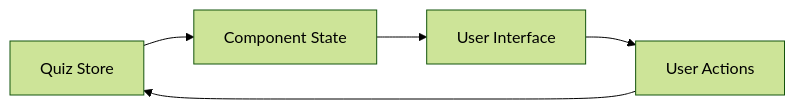
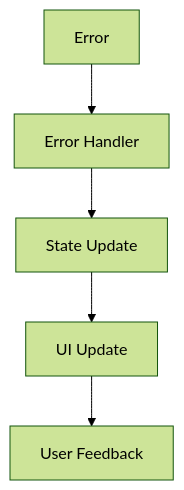
Before and after one commit to alexlitinsky/remevi: the fifth of 8 diagrams in memory-bank/systemPatterns.md, drawn with Mermaid (forest theme). The commit also changed other lines of this file and 13 other files, not shown here.

Commit message:
mind map and loading states solved

````diff
--- a/memory-bank/systemPatterns.md
+++ b/memory-bank/systemPatterns.md
@@ -199,7 +178,7 @@
 ```mermaid
-graph LR
-    Store[Quiz Store] --> State[Component State]
-    State --> UI[User Interface]
-    UI --> Actions[User Actions]
-    Actions --> Store
+graph TD
+    Error[Error] --> Handler[Error Handler]
+    Handler --> State[State Update]
+    State --> UI[UI Update]
+    UI --> User[User Feedback]
 ```
````
